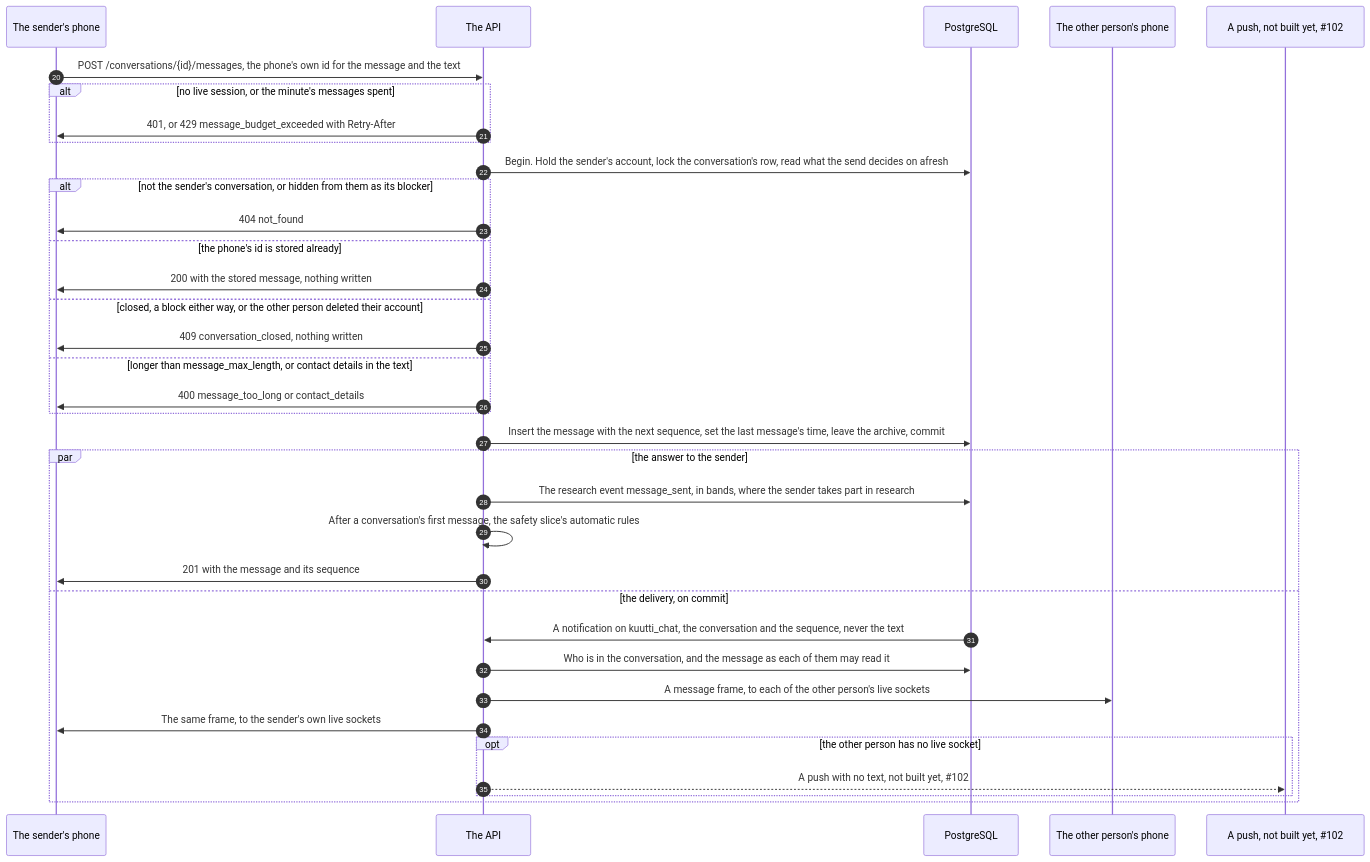
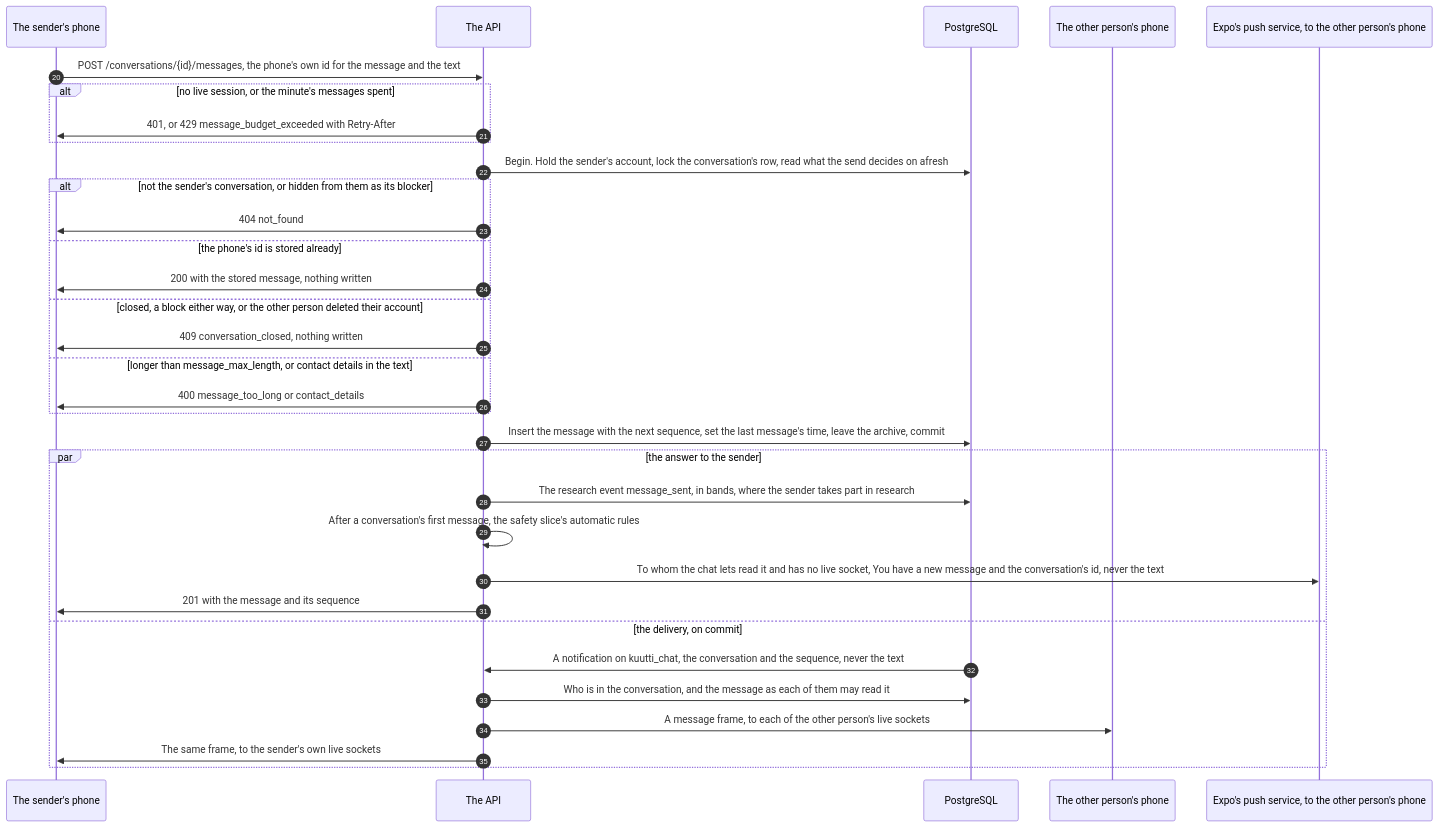
Before and after one commit to kuutti-ry/kuutti-app: the second of 3 diagrams in docs/architecture/sequence-chat.md, drawn with Mermaid. The commit also changed other lines of this file and 21 other files, not shown here.

First line of the commit message:
Document the push: Expo's page, the rules, the views, the parameter (#102)

````diff
--- a/docs/architecture/sequence-chat.md
+++ b/docs/architecture/sequence-chat.md
@@ -84,39 +84,37 @@
 ```mermaid
 sequenceDiagram
   accTitle: Chat, part 2: sending a message
-  accDescr: The phone sends a message over HTTP, not over the socket. In one transaction the API holds the sender's account, locks the conversation's row, reads it afresh and refuses a conversation that is not the sender's, a resend, a closed or blocked conversation, a text too long or one with contact details. Otherwise it stores the message with the next sequence and commits. The sender gets the stored message back. On commit a trigger notifies kuutti_chat with ids only, and the hub reads the message as each person may see it and sends it to their live sockets. A push for a person with no live socket is not built yet, issue 102.
+  accDescr: The phone sends a message over HTTP, not over the socket. In one transaction the API holds the sender's account, locks the conversation's row, reads it afresh and refuses a conversation that is not the sender's, a resend, a closed or blocked conversation, a text too long or one with contact details. Otherwise it stores the message with the next sequence and commits. After the commit the API pushes the other person through Expo when they have no live socket: one line, never the text or a name. The sender gets the stored message back. On commit a trigger notifies kuutti_chat with ids only, and the hub reads the message as each person may see it and sends it to their live sockets.
   autonumber 20
   participant phone as The sender's phone
   participant api as The API
   participant db as PostgreSQL
   participant other as The other person's phone
-  participant push as A push, not built yet, #35;102
+  participant push as Expo's push service, to the other person's phone
   phone->>api: POST /conversations/{id}/messages, the phone's own id for the message and the text
   alt no live session, or the minute's messages spent
     api->>phone: 401, or 429 message_budget_exceeded with Retry-After
   end
   api->>db: Begin. Hold the sender's account, lock the conversation's row, read what the send decides on afresh
   alt not the sender's conversation, or hidden from them as its blocker
     api->>phone: 404 not_found
   else the phone's id is stored already
     api->>phone: 200 with the stored message, nothing written
   else closed, a block either way, or the other person deleted their account
     api->>phone: 409 conversation_closed, nothing written
   else longer than message_max_length, or contact details in the text
     api->>phone: 400 message_too_long or contact_details
   end
   api->>db: Insert the message with the next sequence, set the last message's time, leave the archive, commit
   par the answer to the sender
     api->>db: The research event message_sent, in bands, where the sender takes part in research
     api->>api: After a conversation's first message, the safety slice's automatic rules
+    api->>push: To whom the chat lets read it and has no live socket, You have a new message and the conversation's id, never the text
     api->>phone: 201 with the message and its sequence
   and the delivery, on commit
     db->>api: A notification on kuutti_chat, the conversation and the sequence, never the text
     api->>db: Who is in the conversation, and the message as each of them may read it
     api->>other: A message frame, to each of the other person's live sockets
     api->>phone: The same frame, to the sender's own live sockets
-    opt the other person has no live socket
-      api-->>push: A push with no text, not built yet, #35;102
-    end
   end
 ```
````
